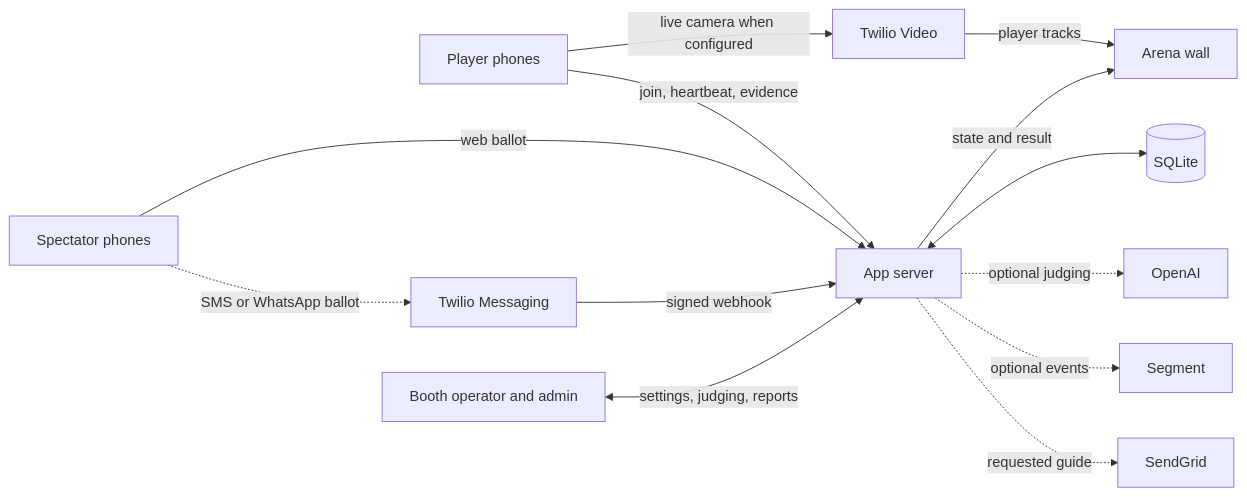
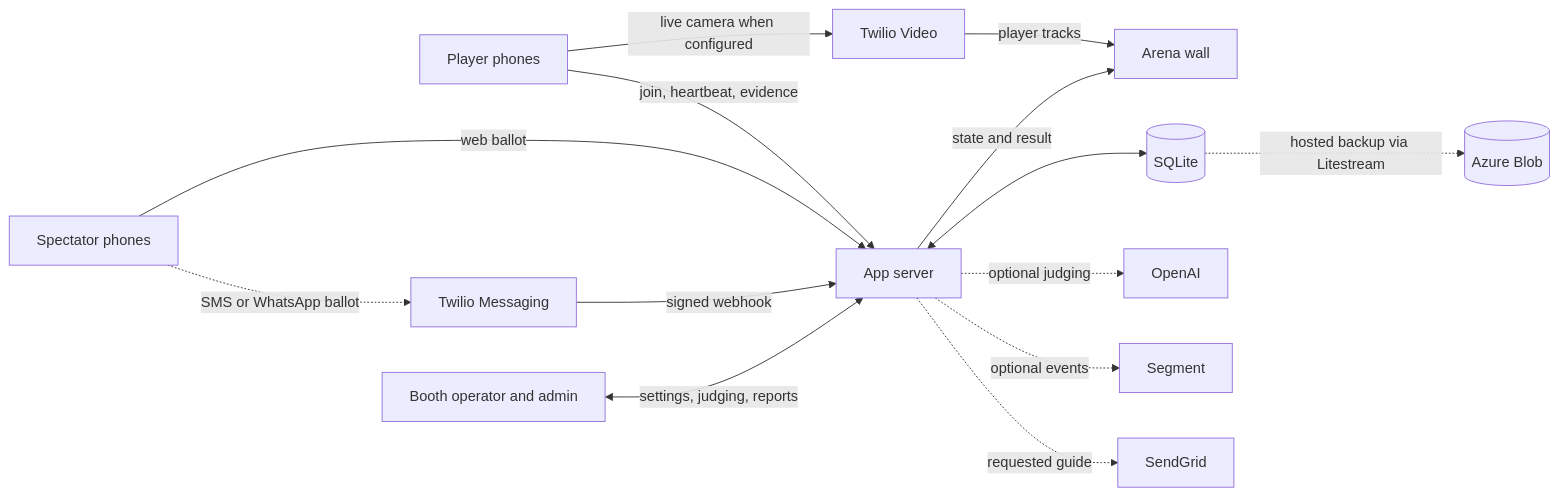
The diagram in README.md (anthonyplusAI/twilio-live-scavenger-hunt), drawn with Mermaid before and after one commit. The commit also changed other lines of this file and 20 other files, not shown here.

````diff
--- a/README.md
+++ b/README.md
@@ -150,15 +153,16 @@
 ```mermaid
 flowchart LR
     P[Player phones] -->|join, heartbeat, evidence| A[App server]
     P -->|live camera when configured| V[Twilio Video]
     V -->|player tracks| W[Arena wall]
     A -->|state and result| W
     S[Spectator phones] -->|web ballot| A
     S -. SMS or WhatsApp ballot .-> M[Twilio Messaging]
     M -->|signed webhook| A
     O[Booth operator and admin] <-->|settings, judging, reports| A
     A <--> D[(SQLite)]
+    D -. hosted backup via Litestream .-> B[(Azure Blob)]
     A -. optional judging .-> AI[OpenAI]
     A -. optional events .-> SG[Segment]
     A -. requested guide .-> E[SendGrid]
 ```
````
